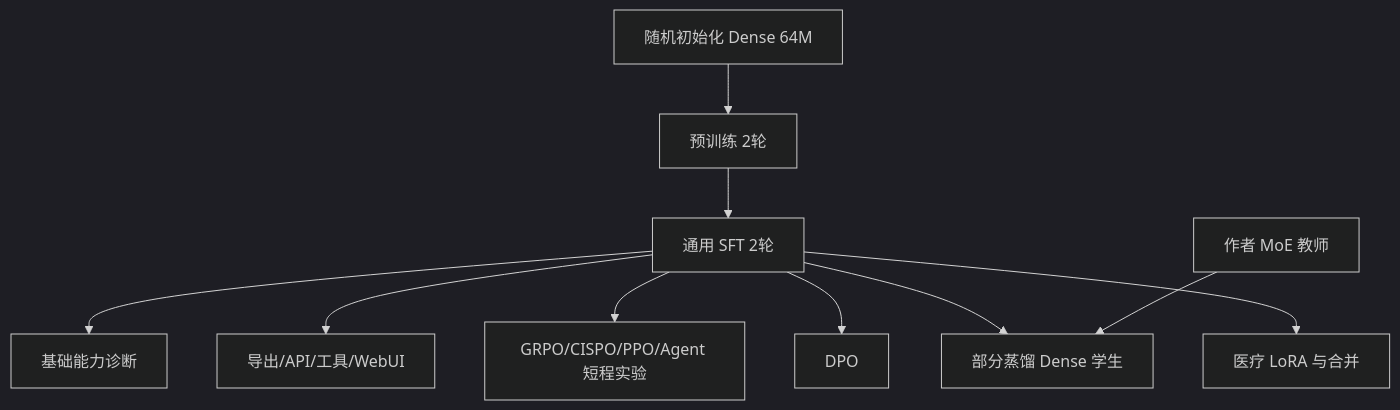
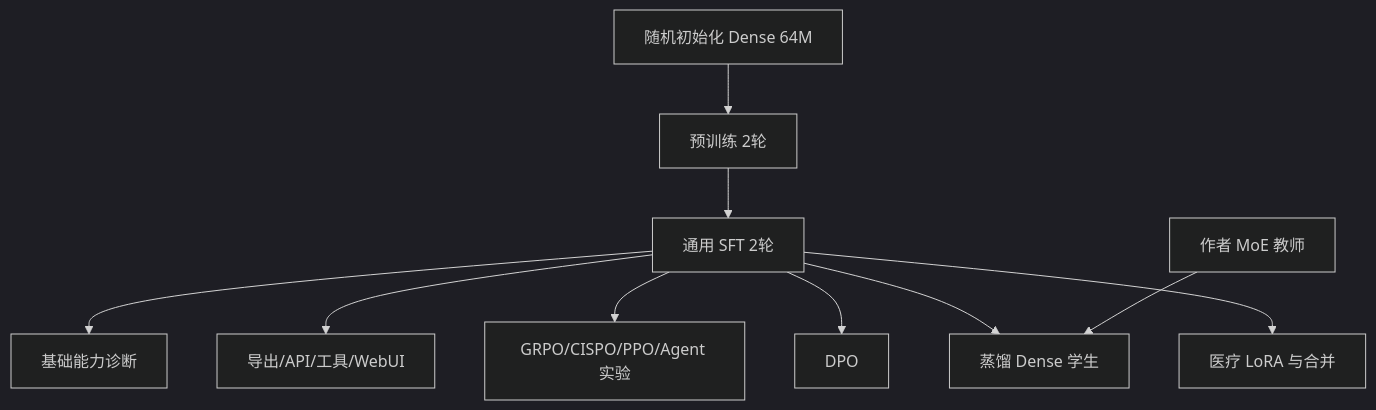
Before and after one commit to zhaory0818/llm-64m-training-inference: the diagram in README.md, drawn with Mermaid (dark theme). The commit also changed other lines of this file, not shown here.

````diff
--- a/README.md
+++ b/README.md
@@ -35,12 +35,12 @@
 ```mermaid
 flowchart TD
     R[随机初始化 Dense 64M] --> P[预训练 2轮]
     P --> S[通用 SFT 2轮]
     S --> L[医疗 LoRA 与合并]
     S --> D[DPO]
-    S --> K[部分蒸馏 Dense 学生]
+    S --> K[蒸馏 Dense 学生]
     T[作者 MoE 教师] --> K
-    S --> RL[GRPO/CISPO/PPO/Agent 短程实验]
+    S --> RL[GRPO/CISPO/PPO/Agent 实验]
     S --> E[导出/API/工具/WebUI]
     S --> A[基础能力诊断]
 ```
````
